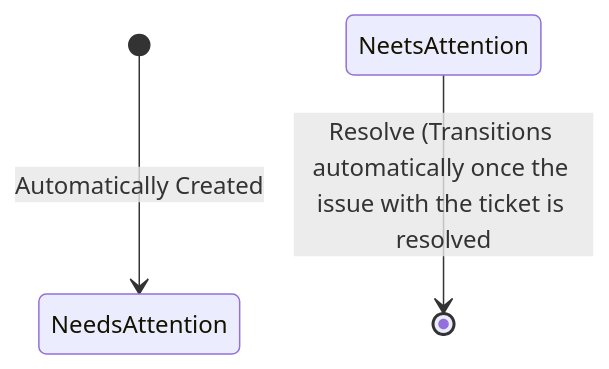
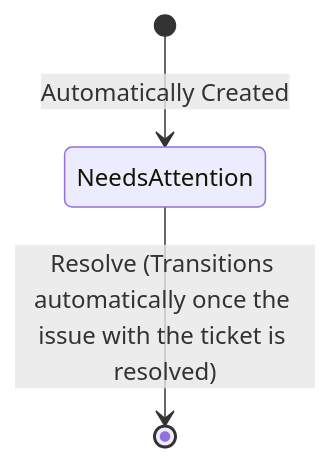
The fourth of 6 diagrams in workflow.md (NyanHelsing/nyanhelsing.github.io), drawn with Mermaid before and after one commit.

Commit message:
typo in NeedsAttention

````diff
--- a/workflow.md
+++ b/workflow.md
@@ -127,5 +127,5 @@
 ```mermaid
 stateDiagram-v2
     [*] --> NeedsAttention: Automatically Created
-    NeetsAttention --> [*]: Resolve (Transitions automatically once the issue with the ticket is resolved
+    NeedsAttention --> [*]: Resolve (Transitions automatically once the issue with the ticket is resolved)
 ```
````
